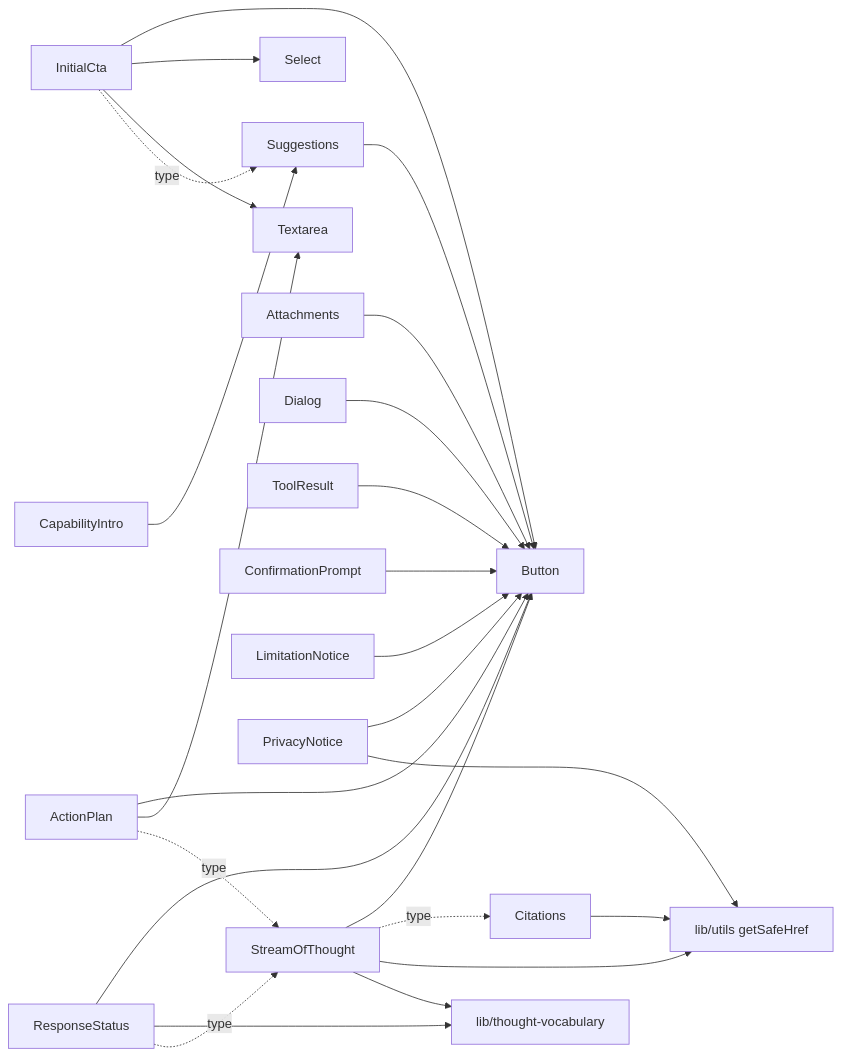
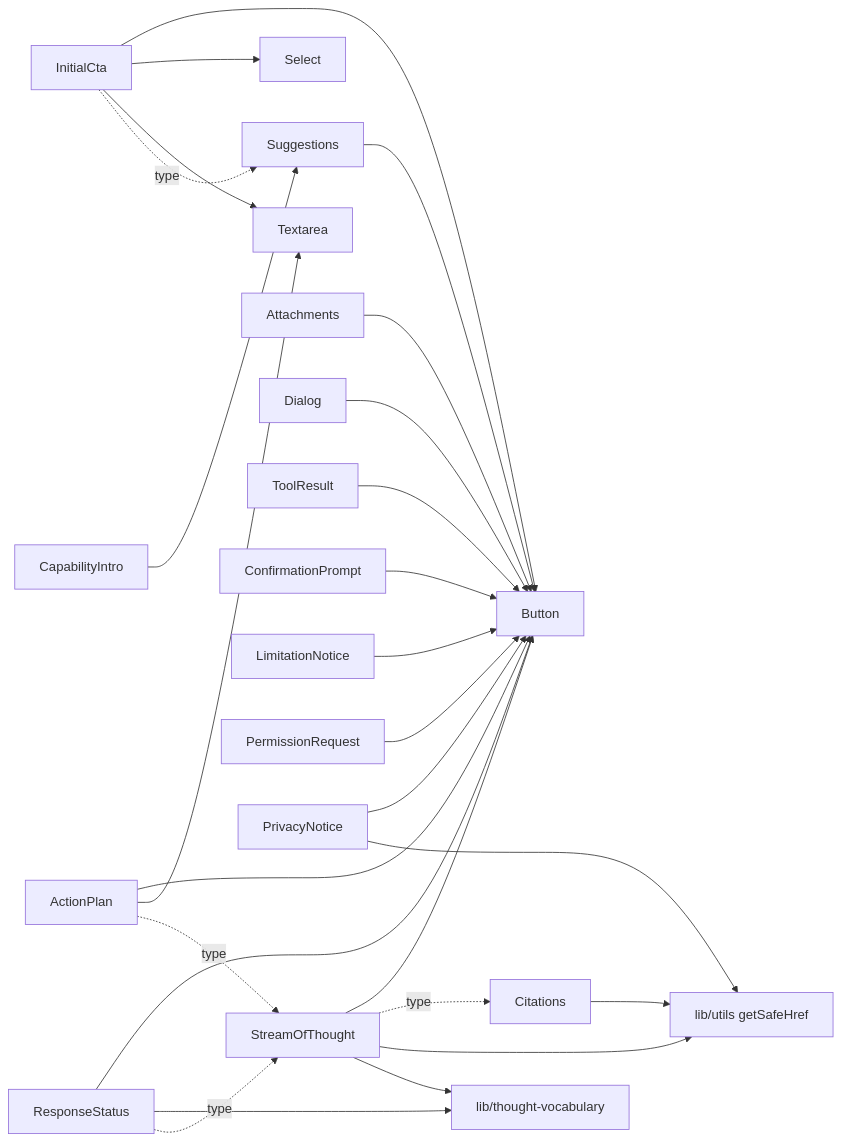
The diagram in CONTEXT.md (amaltapalov/conversational-ai-components), drawn with Mermaid before and after one commit. The commit also changed other lines of this file and 15 other files, not shown here.

First line of the commit message:
feat(xds): add permission request component and refine radii, citation labels, and docs

````diff
--- a/CONTEXT.md
+++ b/CONTEXT.md
@@ -100,27 +101,28 @@
 ```mermaid
 graph LR
   CapabilityIntro --> Suggestions
   InitialCta --> Button
   InitialCta --> Select
   InitialCta --> Textarea
   InitialCta -. type .-> Suggestions
   Suggestions --> Button
   StreamOfThought --> Button
   StreamOfThought -. type .-> Citations
   Citations --> utils[lib/utils getSafeHref]
   StreamOfThought --> utils
   StreamOfThought --> vocab[lib/thought-vocabulary]
   ResponseStatus --> Button
   ResponseStatus --> vocab
   ResponseStatus -. type .-> StreamOfThought
   Attachments --> Button
   ActionPlan --> Button
   ActionPlan --> Textarea
   ActionPlan -. type .-> StreamOfThought
   Dialog --> Button
   ToolResult --> Button
   ConfirmationPrompt --> Button
   LimitationNotice --> Button
+  PermissionRequest --> Button
   PrivacyNotice --> Button
   PrivacyNotice --> utils
 ```
````
